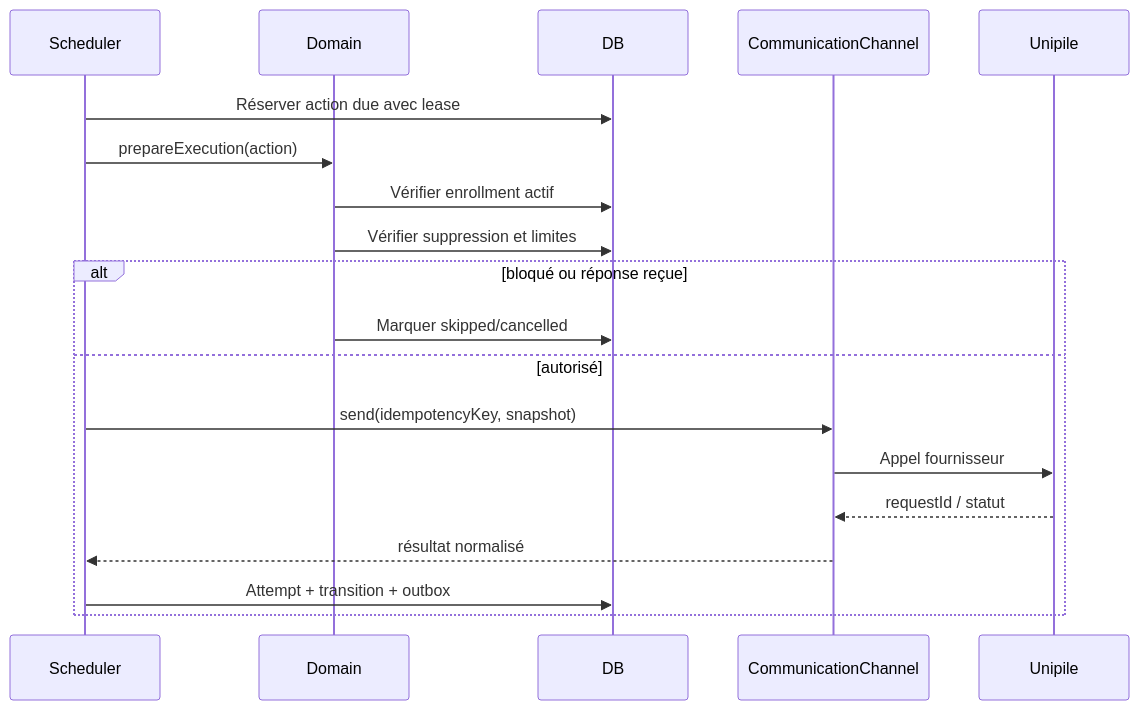
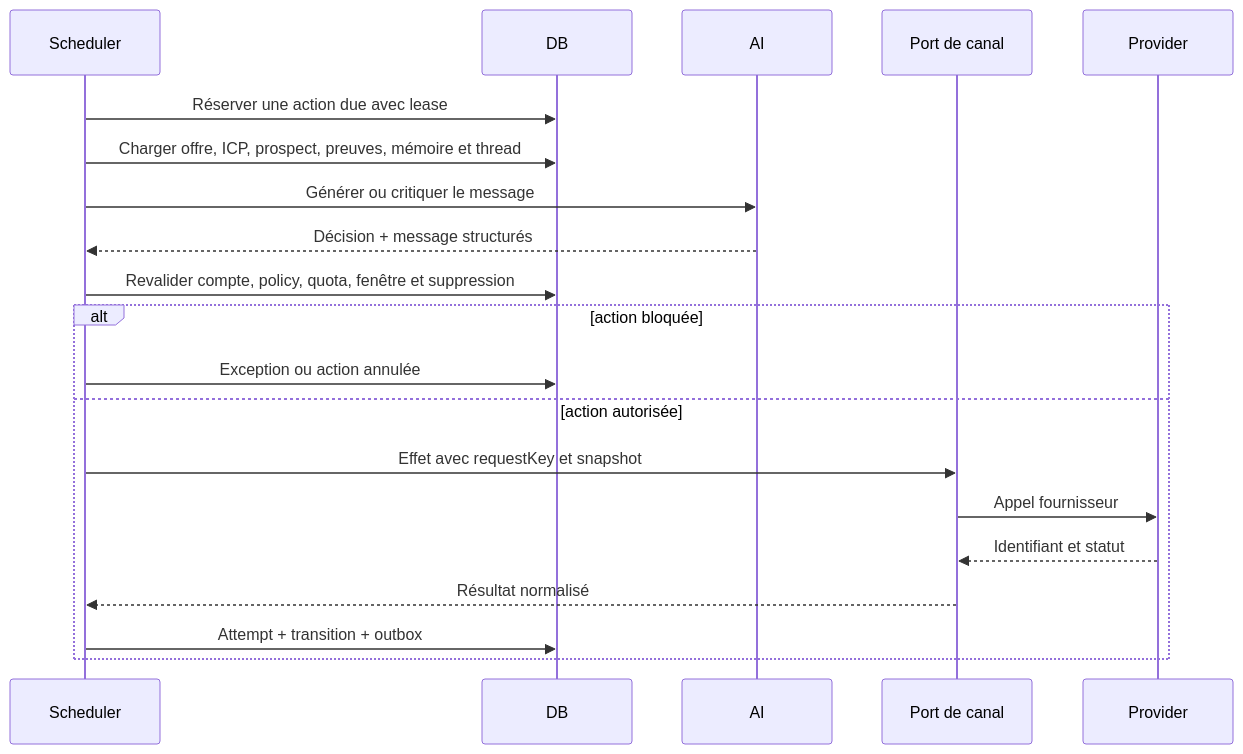
The third of 8 diagrams in docs/architecture/FLOWS.md (IgnitionAI/noosphere), drawn with Mermaid before and after one commit. The commit also changed other lines of this file and 20 other files, not shown here.

Commit message:
docs: reconcile Noosphere architecture

````diff
--- a/docs/architecture/FLOWS.md
+++ b/docs/architecture/FLOWS.md
@@ -28,22 +59,23 @@
 ```mermaid
 sequenceDiagram
     participant Scheduler
-    participant Domain
     participant DB
-    participant Channel as CommunicationChannel
-    participant Provider as Unipile
+    participant AI
+    participant Channel as Port de canal
+    participant Provider
 
-    Scheduler->>DB: Réserver action due avec lease
-    Scheduler->>Domain: prepareExecution(action)
-    Domain->>DB: Vérifier enrollment actif
-    Domain->>DB: Vérifier suppression et limites
-    alt bloqué ou réponse reçue
-        Domain->>DB: Marquer skipped/cancelled
-    else autorisé
-        Scheduler->>Channel: send(idempotencyKey, snapshot)
+    Scheduler->>DB: Réserver une action due avec lease
+    Scheduler->>DB: Charger offre, ICP, prospect, preuves, mémoire et thread
+    Scheduler->>AI: Générer ou critiquer le message
+    AI-->>Scheduler: Décision + message structurés
+    Scheduler->>DB: Revalider compte, policy, quota, fenêtre et suppression
+    alt action bloquée
+        Scheduler->>DB: Exception ou action annulée
+    else action autorisée
+        Scheduler->>Channel: Effet avec requestKey et snapshot
         Channel->>Provider: Appel fournisseur
-        Provider-->>Channel: requestId / statut
-        Channel-->>Scheduler: résultat normalisé
+        Provider-->>Channel: Identifiant et statut
+        Channel-->>Scheduler: Résultat normalisé
         Scheduler->>DB: Attempt + transition + outbox
     end
 ```
````
